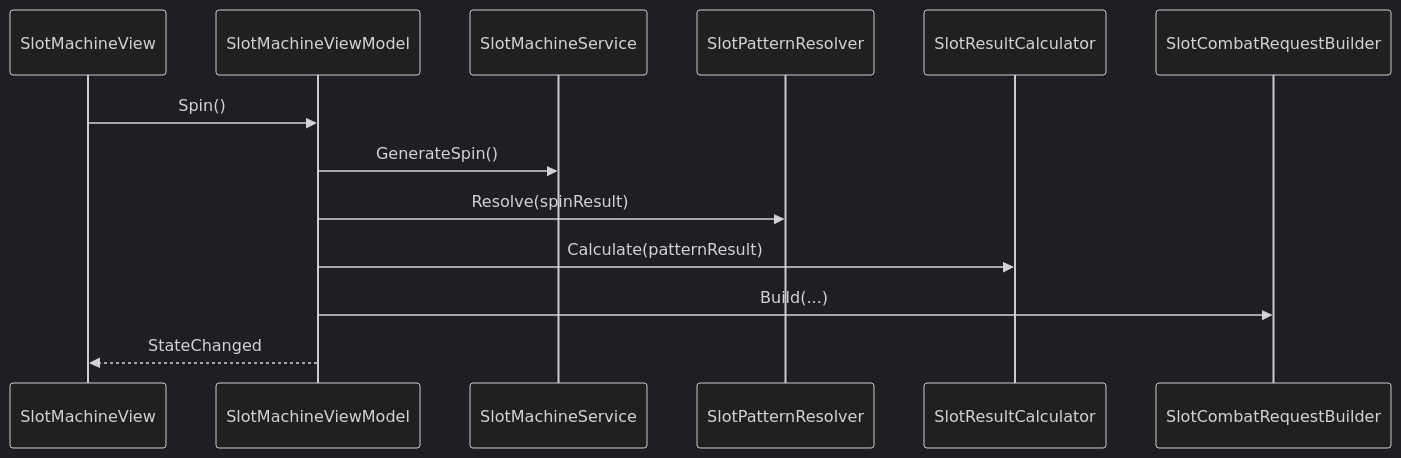
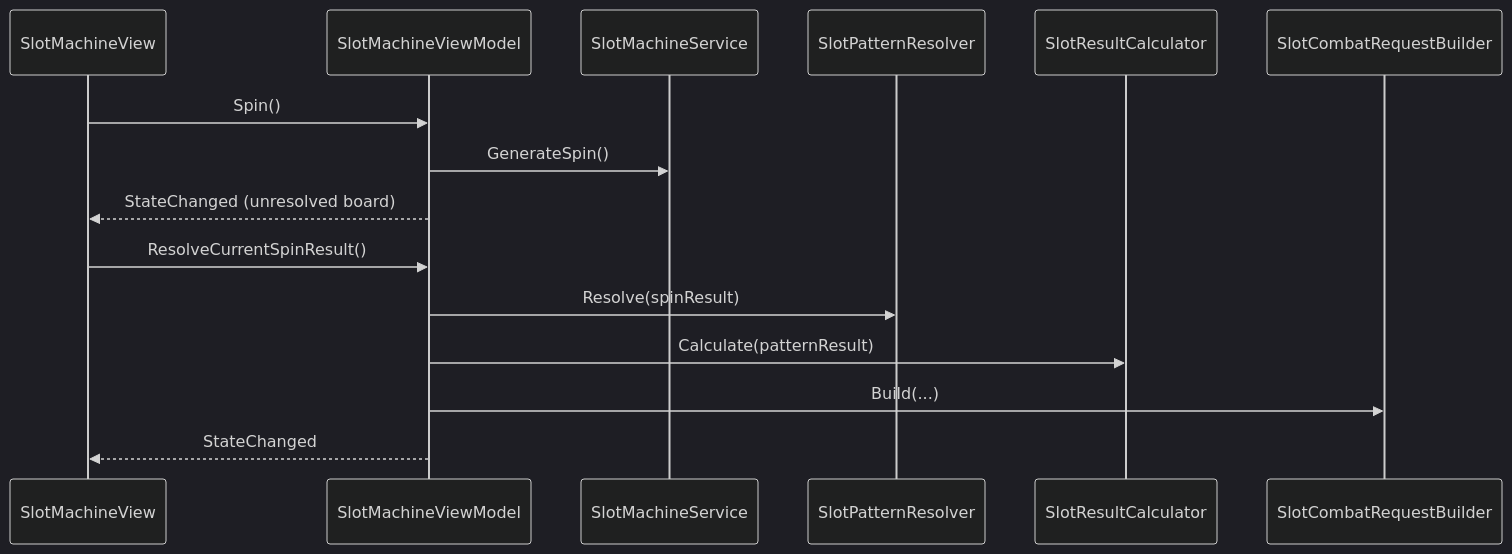
One commit to YooKyubin/SlotRogue changed the diagram in docs/design-docs/slot-core.md. Above: the diagram before and after it, drawn with Mermaid (dark theme). The commit also changed other lines of this file and 393 other files, not shown here.

First line of the commit message:
feat: integrate release test run flow

````diff
--- a/docs/design-docs/slot-core.md
+++ b/docs/design-docs/slot-core.md
@@ -26,15 +28,17 @@
 ```mermaid
 sequenceDiagram
   participant View as SlotMachineView
   participant VM as SlotMachineViewModel
   participant Service as SlotMachineService
   participant Resolver as SlotPatternResolver
   participant Calculator as SlotResultCalculator
   participant Builder as SlotCombatRequestBuilder
   View->>VM: Spin()
   VM->>Service: GenerateSpin()
+  VM-->>View: StateChanged (unresolved board)
+  View->>VM: ResolveCurrentSpinResult()
   VM->>Resolver: Resolve(spinResult)
   VM->>Calculator: Calculate(patternResult)
   VM->>Builder: Build(...)
   VM-->>View: StateChanged
 ```
````
